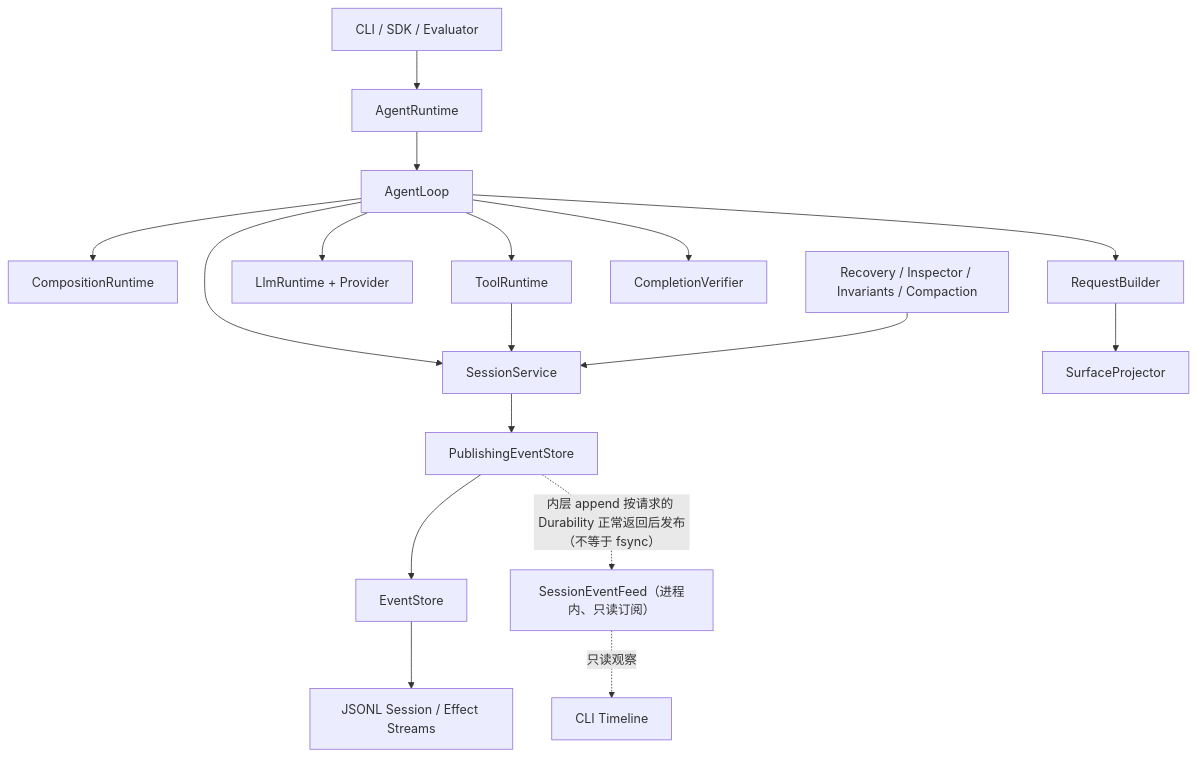
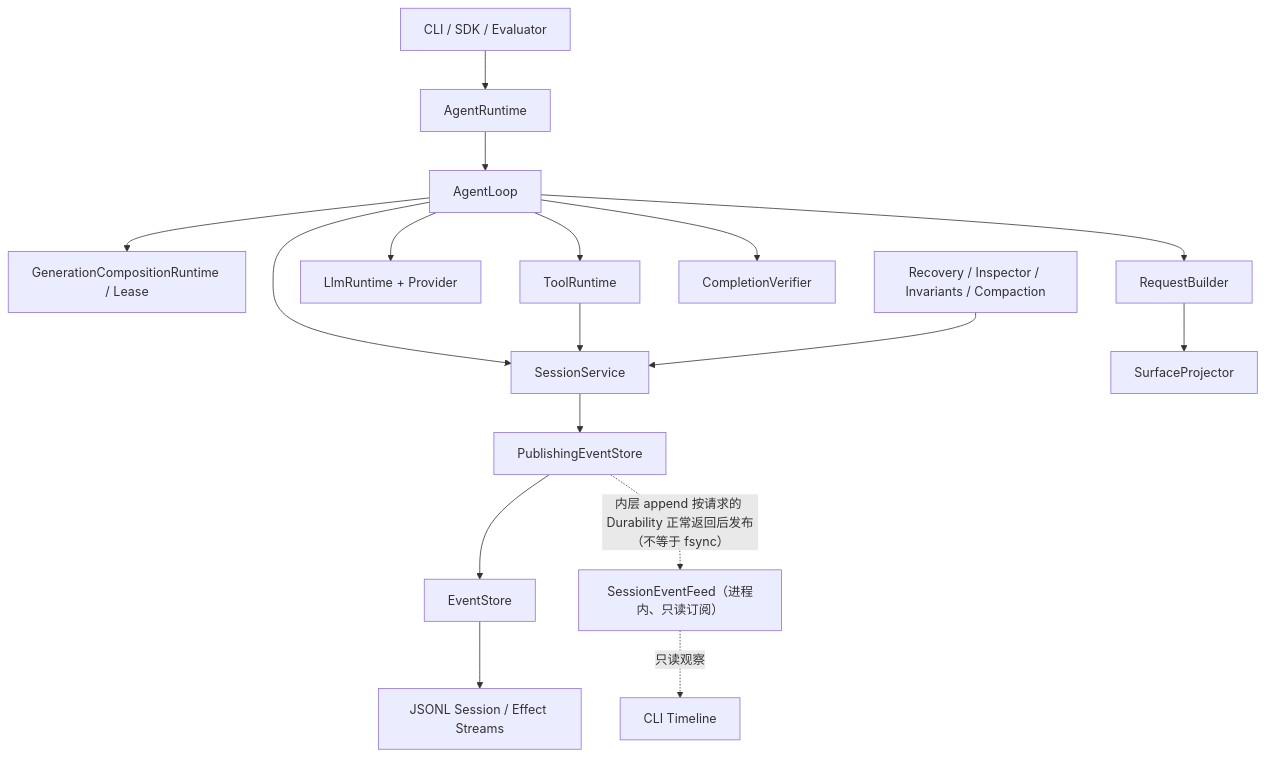
Before and after one commit to uboyme/traceHarness: the first of 11 diagrams in docs/note/project-context.md, drawn with Mermaid. The commit also changed other lines of this file and 14 other files, not shown here.

First line of the commit message:
feat: add generation-backed composition lifecycle

````diff
--- a/docs/note/project-context.md
+++ b/docs/note/project-context.md
@@ -156,19 +156,19 @@
 ```mermaid
 flowchart TD
     CLI["CLI / SDK / Evaluator"] --> AR["AgentRuntime"]
     AR --> AL["AgentLoop"]
-    AL --> CR["CompositionRuntime"]
+    AL --> CR["GenerationCompositionRuntime / Lease"]
     AL --> RB["RequestBuilder"]
     AL --> LR["LlmRuntime + Provider"]
     AL --> TR["ToolRuntime"]
     AL --> CV["CompletionVerifier"]
     AL --> SS["SessionService"]
     RB --> SP["SurfaceProjector"]
     TR --> SS
     SS --> PS["PublishingEventStore"]
     PS --> ES["EventStore"]
     ES --> JL["JSONL Session / Effect Streams"]
     PS -. "内层 append 按请求的 Durability 正常返回后发布（不等于 fsync）" .-> FEED["SessionEventFeed（进程内、只读订阅）"]
     FEED -. "只读观察" .-> UI["CLI Timeline"]
     REC["Recovery / Inspector / Invariants / Compaction"] --> SS
 ```
````
